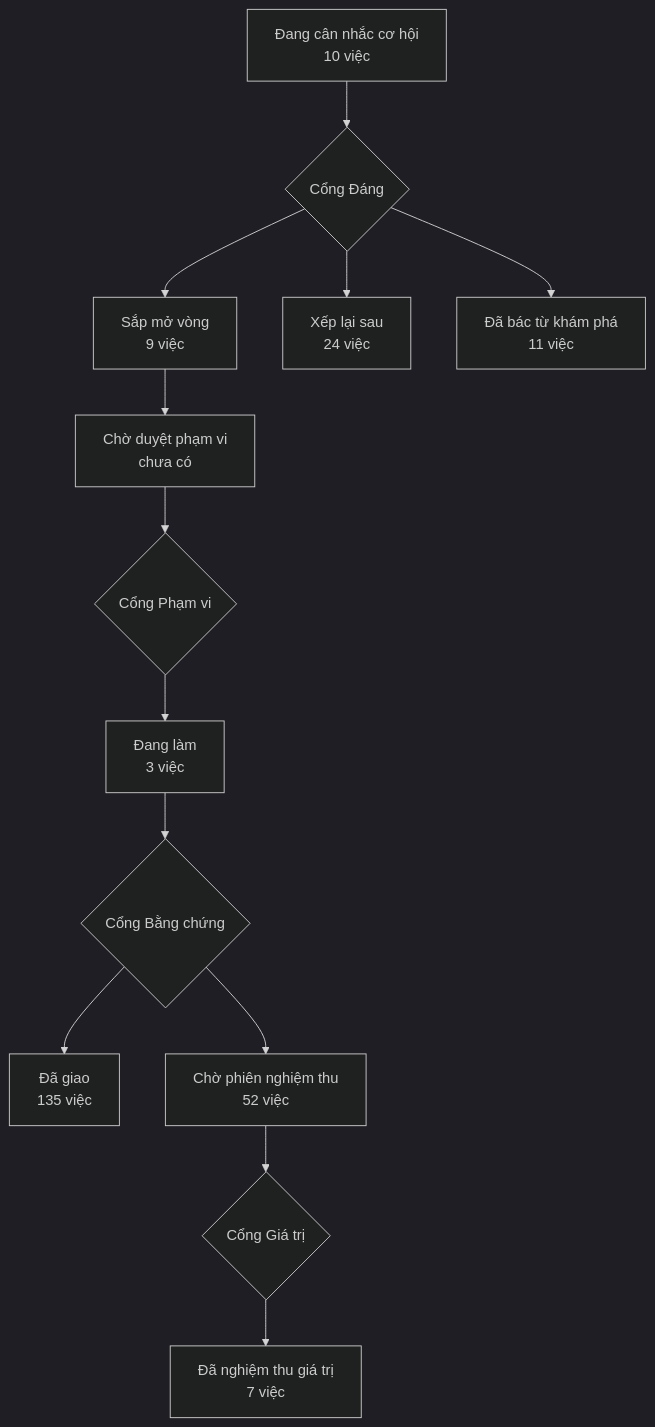
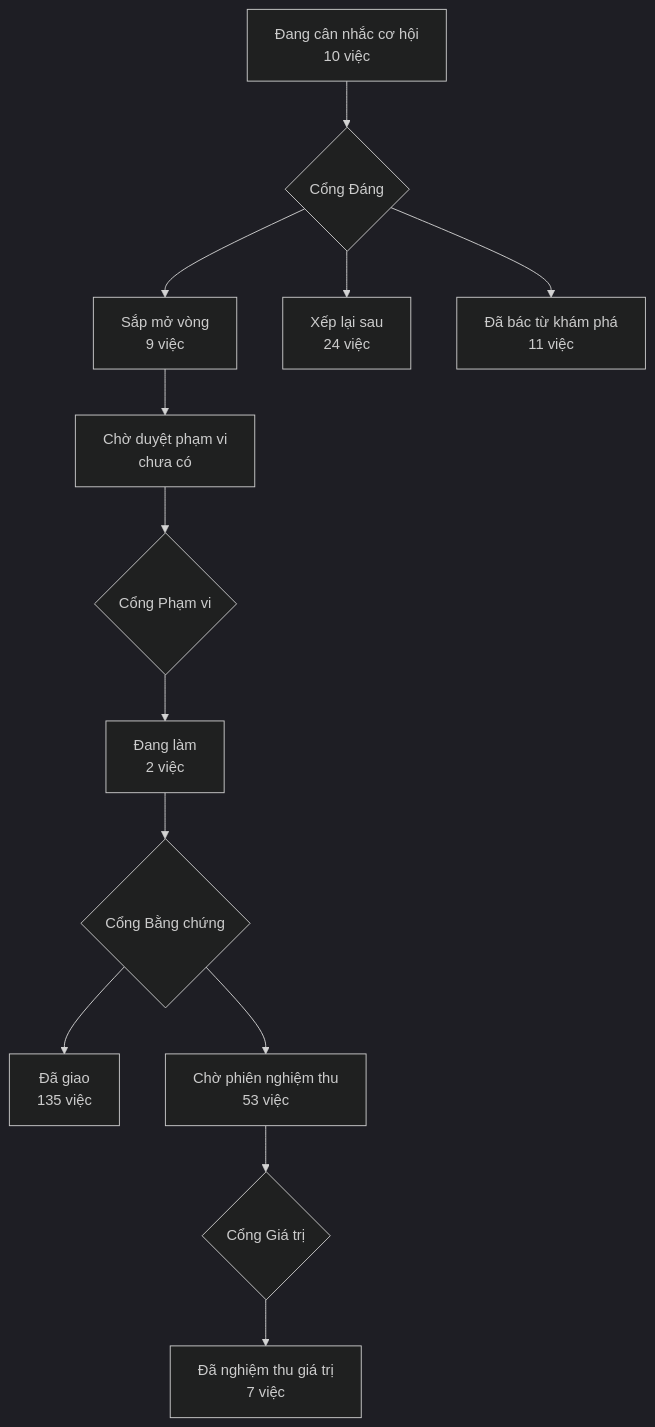
One commit to phanlemanh/acceptance-gate-kit changed the diagram in PRODUCT-MAP.md. Above: the diagram before and after it, drawn with Mermaid (dark theme). The commit also changed 6 other files, not shown here.

````diff
--- a/PRODUCT-MAP.md
+++ b/PRODUCT-MAP.md
@@ -7,12 +7,12 @@
 ```mermaid
 flowchart TD
   A["Đang cân nhắc cơ hội<br/>10 việc"] --> GD{"Cổng Đáng"}
   GD --> B["Sắp mở vòng<br/>9 việc"]
   GD --> XL["Xếp lại sau<br/>24 việc"]
   GD --> DB["Đã bác từ khám phá<br/>11 việc"]
   B --> CD["Chờ duyệt phạm vi<br/>chưa có"] --> GP{"Cổng Phạm vi"}
-  GP --> DL["Đang làm<br/>3 việc"] --> GB{"Cổng Bằng chứng"}
+  GP --> DL["Đang làm<br/>2 việc"] --> GB{"Cổng Bằng chứng"}
   GB --> DG["Đã giao<br/>135 việc"]
-  GB --> CN["Chờ phiên nghiệm thu<br/>52 việc"] --> GG{"Cổng Giá trị"}
+  GB --> CN["Chờ phiên nghiệm thu<br/>53 việc"] --> GG{"Cổng Giá trị"}
   GG --> NT["Đã nghiệm thu giá trị<br/>7 việc"]
 ```
````
